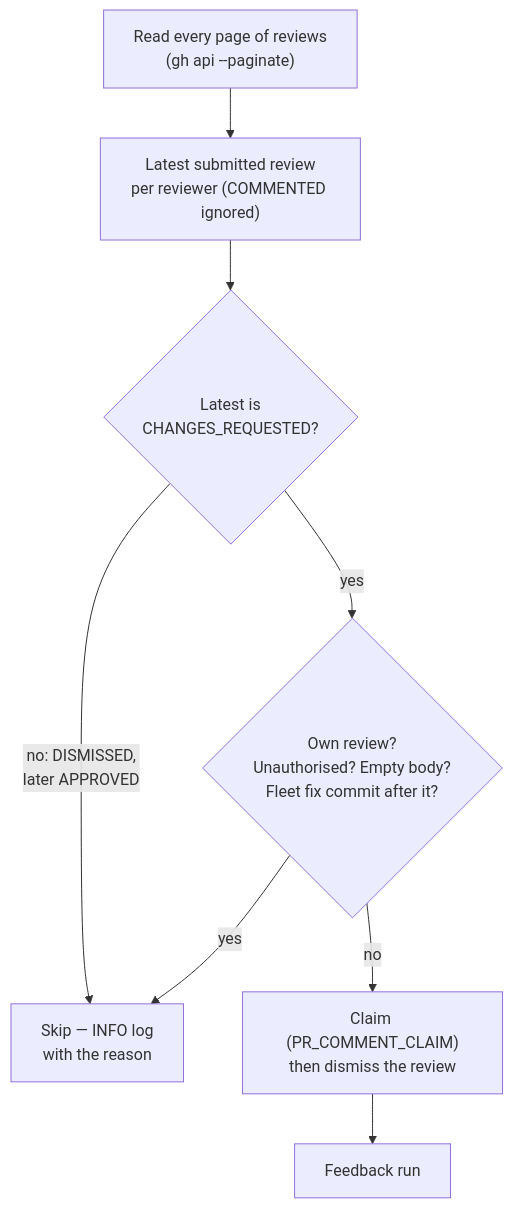
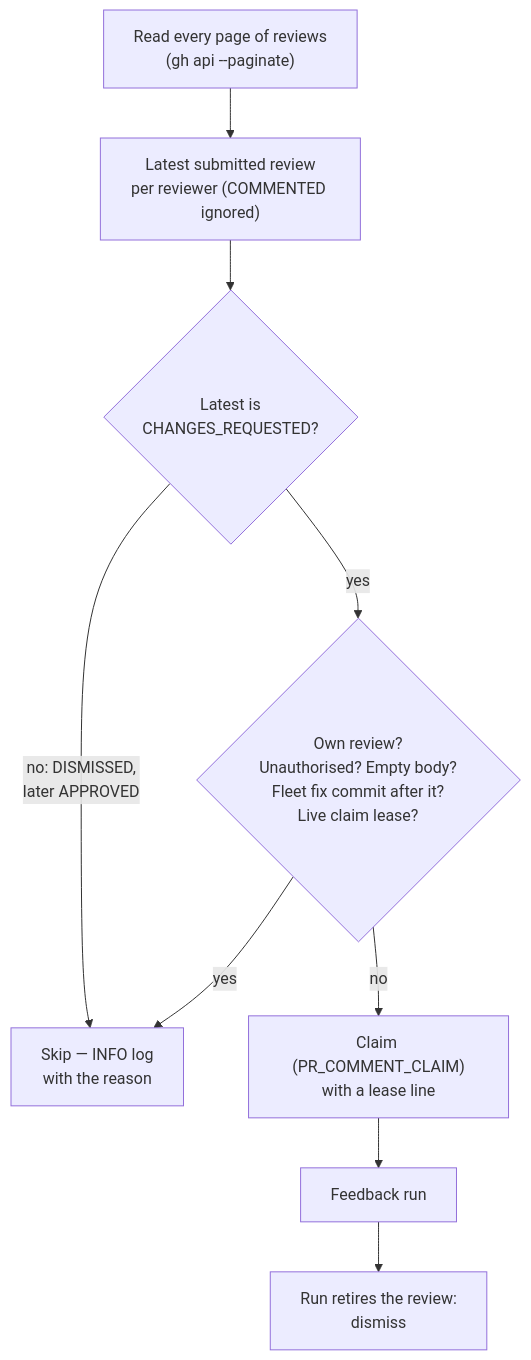
Before and after one commit to stSoftwareAU/VibeCoder: the second of 11 diagrams in docs/workflows/pr-feedback.md, drawn with Mermaid. The commit also changed other lines of this file and 12 other files, not shown here.

````diff
--- a/docs/workflows/pr-feedback.md
+++ b/docs/workflows/pr-feedback.md
@@ -157,10 +165,11 @@
    ```mermaid
    flowchart TD
        R["Read every page of reviews<br/>(gh api --paginate)"] --> L["Latest submitted review<br/>per reviewer (COMMENTED ignored)"]
        L --> Q{"Latest is<br/>CHANGES_REQUESTED?"}
        Q -- "no: DISMISSED,<br/>later APPROVED" --> S["Skip — INFO log<br/>with the reason"]
-       Q -- yes --> O{"Own review?<br/>Unauthorised? Empty body?<br/>Fleet fix commit after it?"}
+       Q -- yes --> O{"Own review?<br/>Unauthorised? Empty body?<br/>Fleet fix commit after it?<br/>Live claim lease?"}
        O -- yes --> S
-       O -- no --> C["Claim (PR_COMMENT_CLAIM)<br/>then dismiss the review"]
+       O -- no --> C["Claim (PR_COMMENT_CLAIM)<br/>with a lease line"]
        C --> F["Feedback run"]
+       F --> Ret["Run retires the review:<br/>dismiss"]
    ```
````
